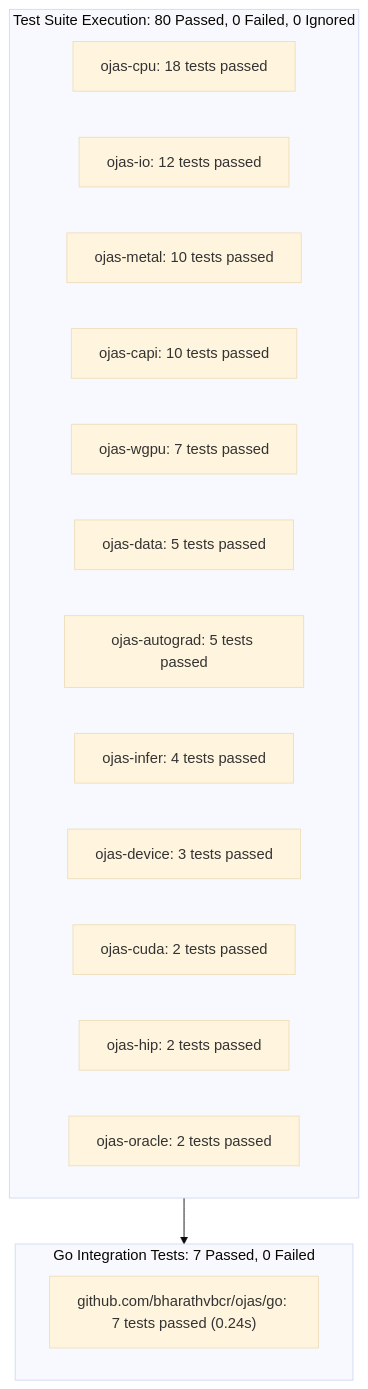
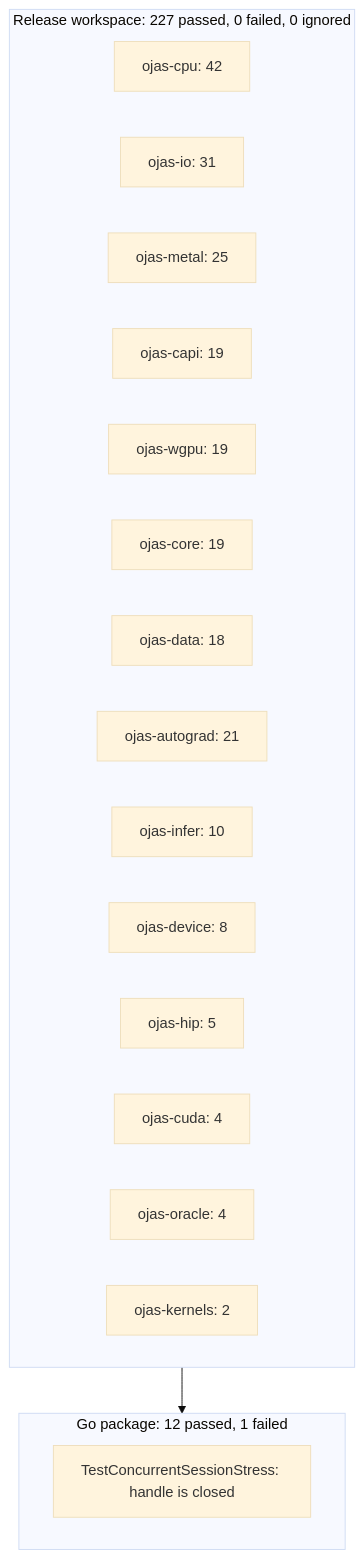
One commit to bharathvbcr/ojas changed the first of 2 diagrams in docs/status.md. Above: the diagram before and after it, drawn with Mermaid (base theme). The commit also changed other lines of this file and 15 other files, not shown here.

````diff
--- a/docs/status.md
+++ b/docs/status.md
@@ -5,23 +5,25 @@
 ```mermaid
 flowchart TD
-    subgraph TestSuite["Test Suite Execution: 80 Passed, 0 Failed, 0 Ignored"]
-        CPU["ojas-cpu: 18 tests passed"]
-        IO["ojas-io: 12 tests passed"]
-        Metal["ojas-metal: 10 tests passed"]
-        CAPI["ojas-capi: 10 tests passed"]
-        WGPU["ojas-wgpu: 7 tests passed"]
-        Data["ojas-data: 5 tests passed"]
-        Autograd["ojas-autograd: 5 tests passed"]
-        Infer["ojas-infer: 4 tests passed"]
-        Device["ojas-device: 3 tests passed"]
-        CUDA["ojas-cuda: 2 tests passed"]
-        HIP["ojas-hip: 2 tests passed"]
-        Oracle["ojas-oracle: 2 tests passed"]
+    subgraph TestSuite["Release workspace: 227 passed, 0 failed, 0 ignored"]
+        CPU["ojas-cpu: 42"]
+        IO["ojas-io: 31"]
+        Metal["ojas-metal: 25"]
+        CAPI["ojas-capi: 19"]
+        WGPU["ojas-wgpu: 19"]
+        Core["ojas-core: 19"]
+        Data["ojas-data: 18"]
+        Autograd["ojas-autograd: 21"]
+        Infer["ojas-infer: 10"]
+        Device["ojas-device: 8"]
+        HIP["ojas-hip: 5"]
+        CUDA["ojas-cuda: 4"]
+        Oracle["ojas-oracle: 4"]
+        Kernels["ojas-kernels: 2"]
     end
 
-    subgraph GoSuite["Go Integration Tests: 7 Passed, 0 Failed"]
-        Go["github.com/bharathvbcr/ojas/go: 7 tests passed (0.24s)"]
+    subgraph GoSuite["Go package: 12 passed, 1 failed"]
+        Go["TestConcurrentSessionStress: handle is closed"]
     end
 
     TestSuite --> GoSuite
 ```
````
